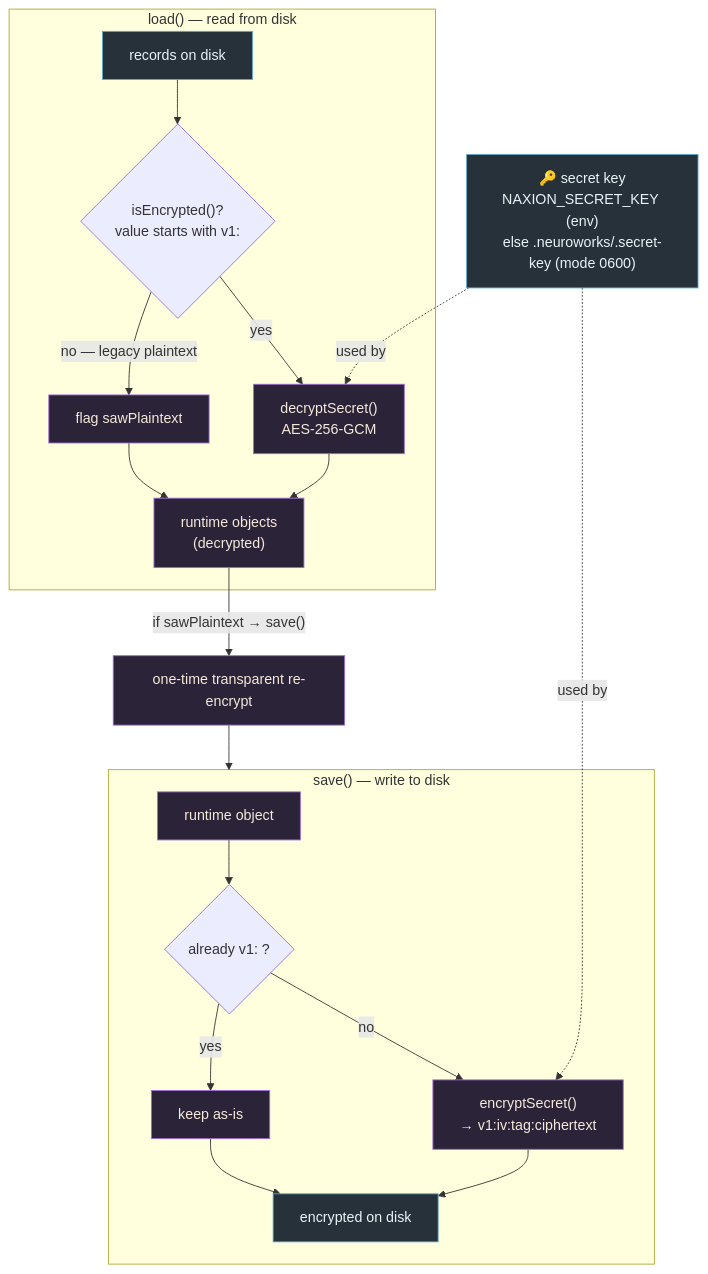
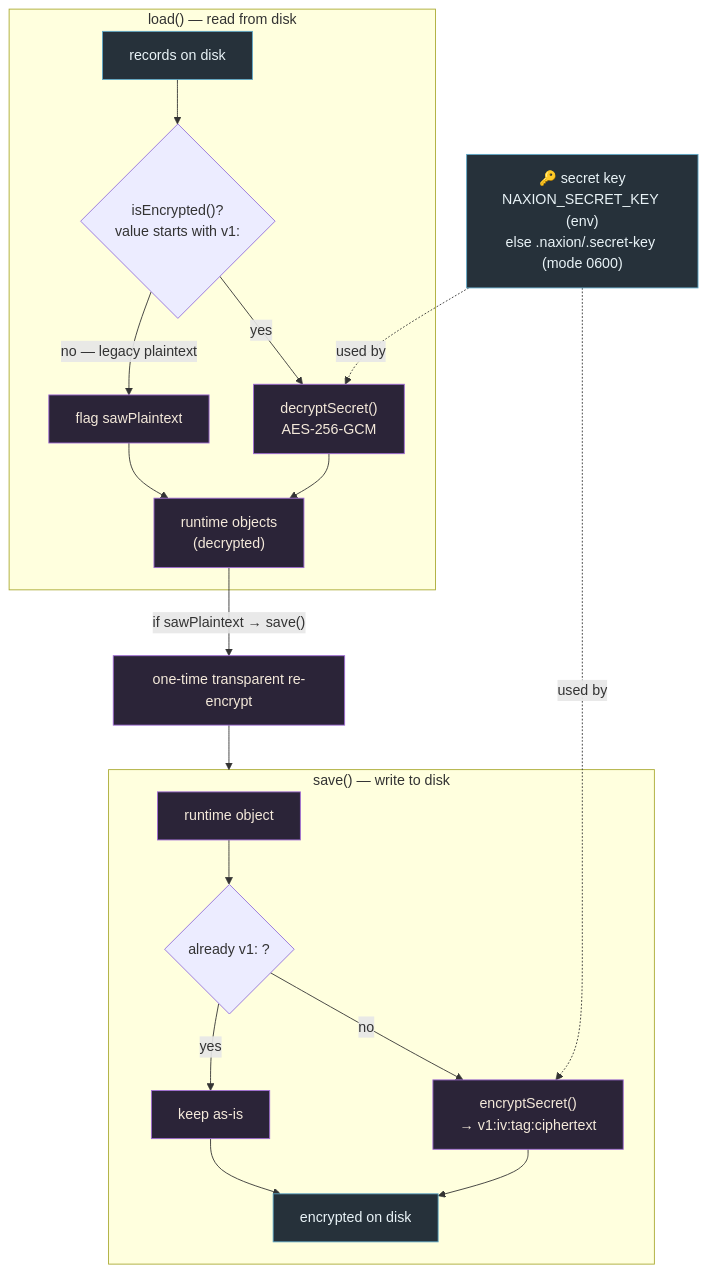
Before and after one commit to NatureAiia/Naxie: the first of 4 diagrams in naxionai/docs/DATA-MIGRATION.md, drawn with Mermaid. The commit also changed other lines of this file and 259 other files, not shown here.

````diff
--- a/naxionai/docs/DATA-MIGRATION.md
+++ b/naxionai/docs/DATA-MIGRATION.md
@@ -11,29 +11,29 @@
 ```mermaid
 flowchart TB
   classDef store fill:#26313a,stroke:#5fa8c7,color:#e9f3f7;
   classDef proc fill:#2b2438,stroke:#a06bd6,color:#f4e9da;
 
-  KEY["🔑 secret key<br/>NAXION_SECRET_KEY (env)<br/>else .neuroworks/.secret-key (mode 0600)"]:::store
+  KEY["🔑 secret key<br/>NAXION_SECRET_KEY (env)<br/>else .naxion/.secret-key (mode 0600)"]:::store
 
   subgraph LOAD["load() — read from disk"]
     F["records on disk"]:::store --> CHK{"isEncrypted()?<br/>value starts with v1:"}
     CHK -->|yes| DEC["decryptSecret()<br/>AES-256-GCM"]:::proc
     CHK -->|"no — legacy plaintext"| MARK["flag sawPlaintext"]:::proc
     DEC --> RT["runtime objects<br/>(decrypted)"]:::proc
     MARK --> RT
   end
 
   RT -->|"if sawPlaintext → save()"| MIG["one-time transparent re-encrypt"]:::proc
 
   subgraph SAVE["save() — write to disk"]
     OBJ["runtime object"]:::proc --> Q{"already v1: ?"}
     Q -->|no| ENC["encryptSecret()<br/>→ v1:iv:tag:ciphertext"]:::proc
     Q -->|yes| KEEP["keep as-is"]:::proc
     ENC --> DISK["encrypted on disk"]:::store
     KEEP --> DISK
   end
 
   MIG --> SAVE
   KEY -. used by .-> DEC
   KEY -. used by .-> ENC
 ```
````
